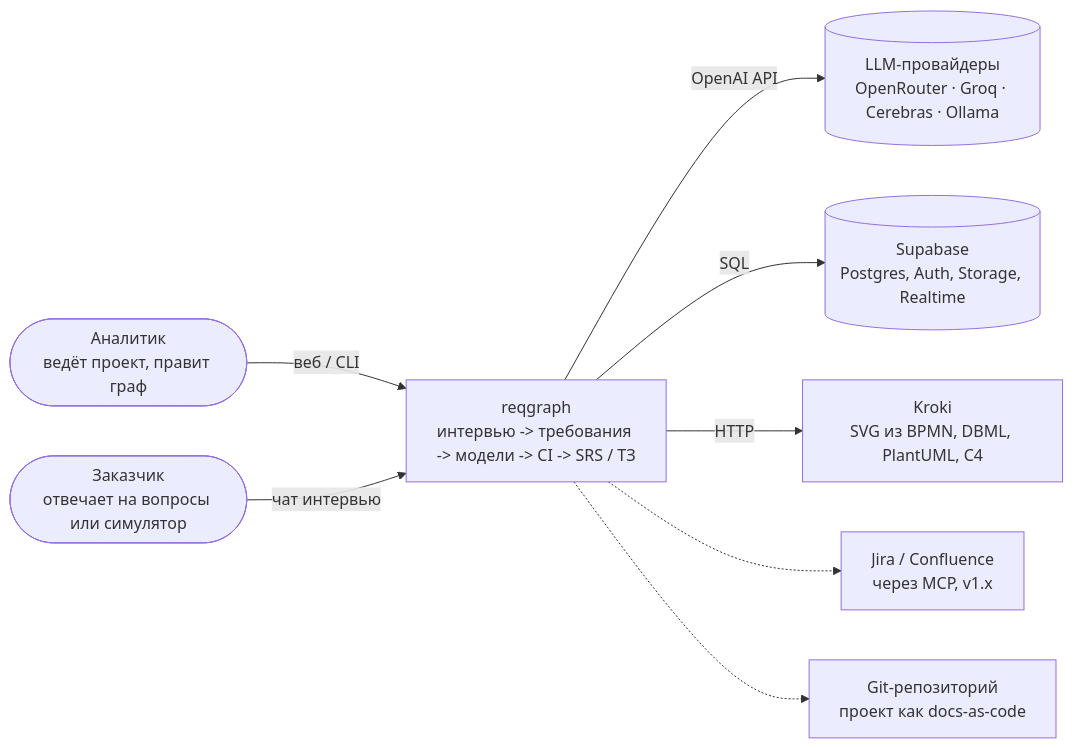
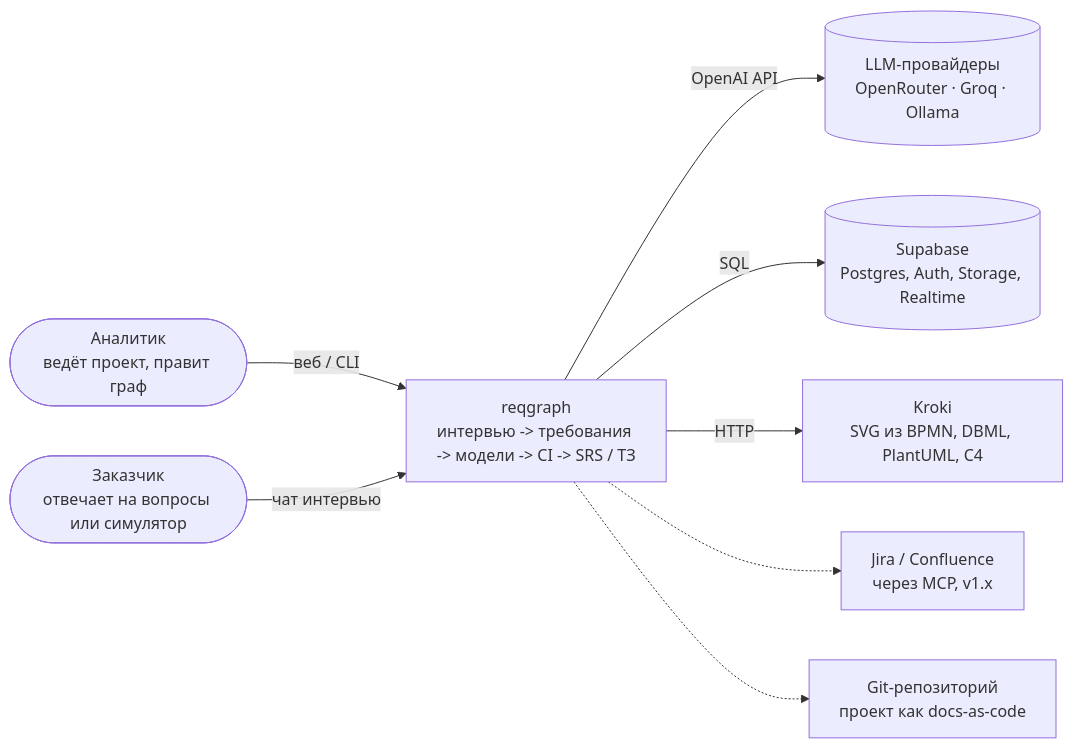
One commit to Axx-Axvd/reqgraph changed the first of 2 diagrams in docs/tech-design/02_arch.md. Above: the diagram before and after it, drawn with Mermaid. The commit also changed 5 other files, not shown here.

````diff
--- a/docs/tech-design/02_arch.md
+++ b/docs/tech-design/02_arch.md
@@ -9,11 +9,11 @@
 ```mermaid
 flowchart LR
   analyst([Аналитик<br/>ведёт проект, правит граф]) -->|веб / CLI| S
   client([Заказчик<br/>отвечает на вопросы или симулятор]) -->|чат интервью| S
   S[reqgraph<br/>интервью -> требования -> модели -> CI -> SRS / ТЗ]
-  S -->|OpenAI API| LLM[(LLM-провайдеры<br/>OpenRouter · Groq · Cerebras · Ollama)]
+  S -->|OpenAI API| LLM[(LLM-провайдеры<br/>OpenRouter · Groq · Ollama)]
   S -->|SQL| SB[(Supabase<br/>Postgres, Auth, Storage, Realtime)]
   S -->|HTTP| K[Kroki<br/>SVG из BPMN, DBML, PlantUML, C4]
   S -.-> J[Jira / Confluence<br/>через MCP, v1.x]
   S -.-> G[Git-репозиторий<br/>проект как docs-as-code]
 ```
````
